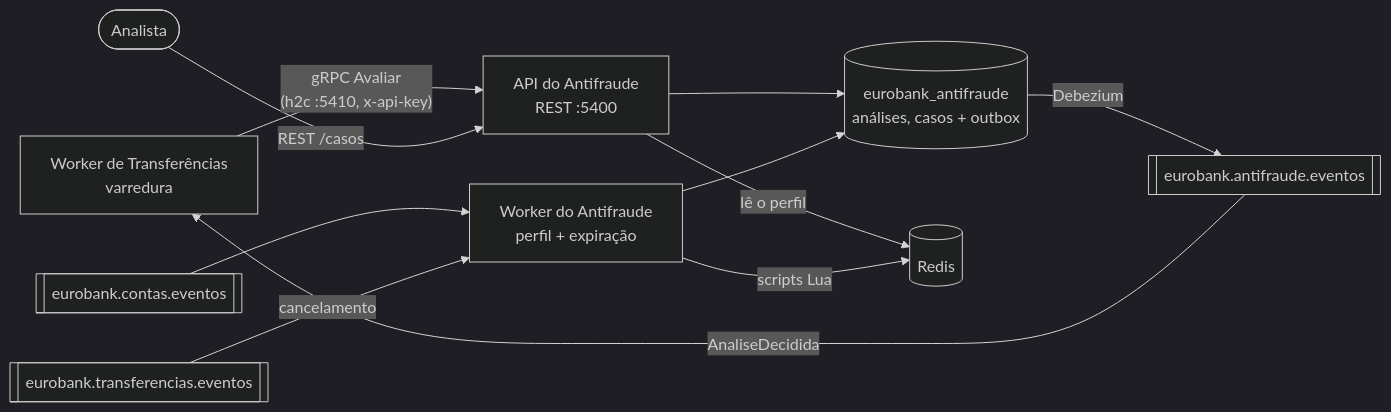
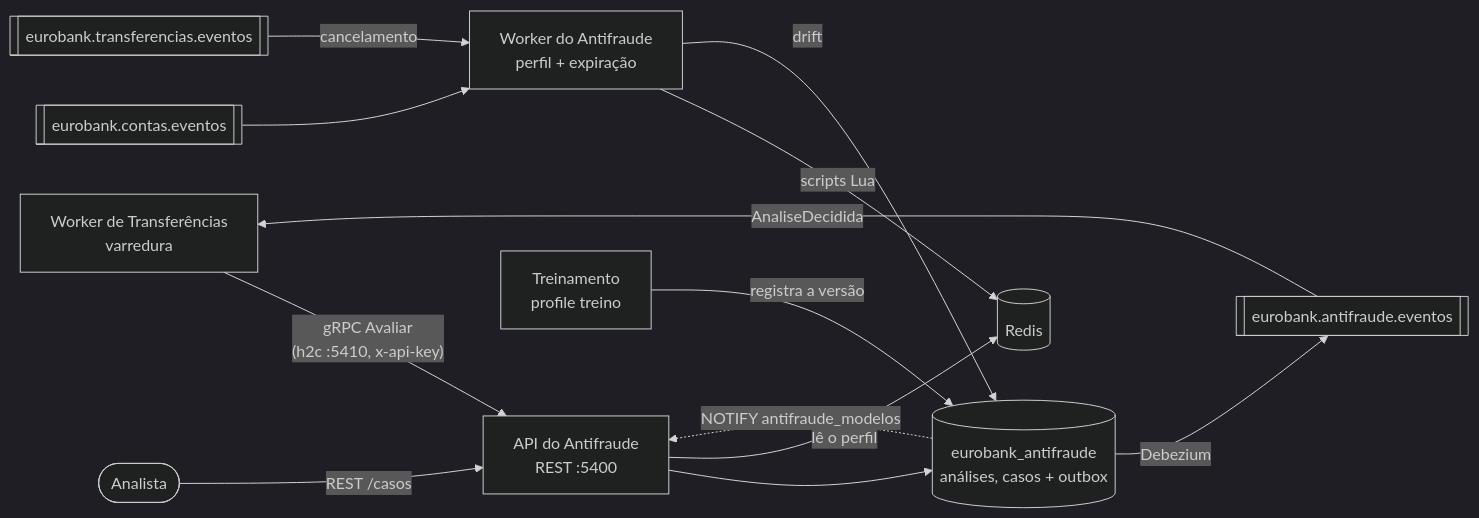
The fifth of 5 diagrams in README.md (net0well/EuroBank), drawn with Mermaid (dark theme) before and after one commit. The commit also changed other lines of this file and 2 other files, not shown here.

Commit message:
docs: readme e roteiros com o machine learning do antifraude

````diff
--- a/README.md
+++ b/README.md
@@ -561,13 +656,15 @@
 ```mermaid
 flowchart LR
     tworker[Worker de Transferências<br/>varredura] -->|"gRPC Avaliar<br/>(h2c :5410, x-api-key)"| afapi[API do Antifraude<br/>REST :5400]
     analista([Analista]) -->|REST /casos| afapi
     afapi --> pga[(eurobank_antifraude<br/>análises, casos + outbox)]
     afapi -->|lê o perfil| redis[(Redis)]
     pga -->|Debezium| ae[[eurobank.antifraude.eventos]]
     ae -->|AnaliseDecidida| tworker
     ce[[eurobank.contas.eventos]] --> afworker[Worker do Antifraude<br/>perfil + expiração]
     te[[eurobank.transferencias.eventos]] -->|cancelamento| afworker
     afworker -->|scripts Lua| redis
-    afworker --> pga
+    afworker -->|drift| pga
+    treino[Treinamento<br/>profile treino] -->|registra a versão| pga
+    pga -. "NOTIFY antifraude_modelos" .-> afapi
 ```
````
